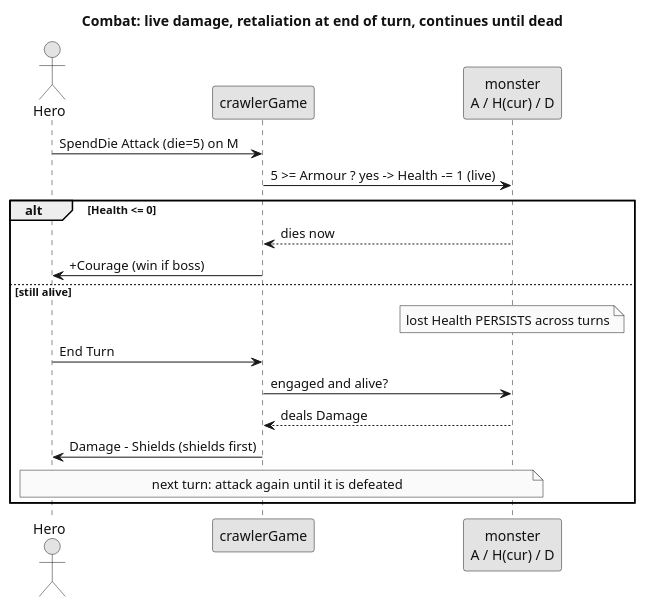
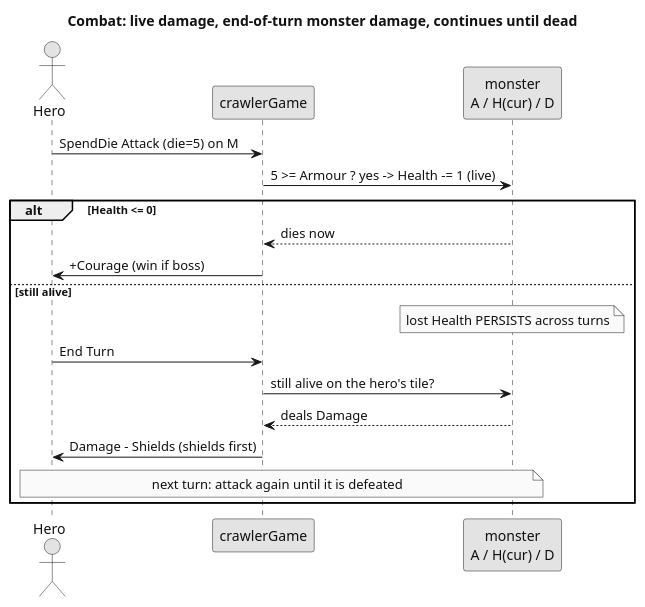
One commit to Niklasvdm/TotemAppIT changed the fourth of 5 diagrams in docs/crawler-architecture.md. Above: the diagram before and after it, drawn with PlantUML. The commit also changed other lines of this file and 44 other files, not shown here.

````diff
--- a/docs/crawler-architecture.md
+++ b/docs/crawler-architecture.md
@@ -246,26 +269,26 @@
 ```plantuml
 @startuml crawler-combat
-title Combat: live damage, retaliation at end of turn, continues until dead
+title Combat: live damage, end-of-turn monster damage, continues until dead
 skinparam shadowing false
 skinparam backgroundColor #FFFFFF
 skinparam monochrome true
 skinparam defaultFontColor #111111
 actor Hero
 participant "crawlerGame" as G
 participant "monster\nA / H(cur) / D" as M
 
 Hero -> G : SpendDie Attack (die=5) on M
 G -> M : 5 >= Armour ? yes -> Health -= 1 (live)
 alt Health <= 0
   M --> G : dies now
   G -> Hero : +Courage (win if boss)
 else still alive
   note over M : lost Health PERSISTS across turns
   Hero -> G : End Turn
-  G -> M : engaged and alive?
+  G -> M : still alive on the hero's tile?
   M --> G : deals Damage
   G -> Hero : Damage - Shields (shields first)
   note over Hero, M : next turn: attack again until it is defeated
 end
 @enduml
 ```
````
